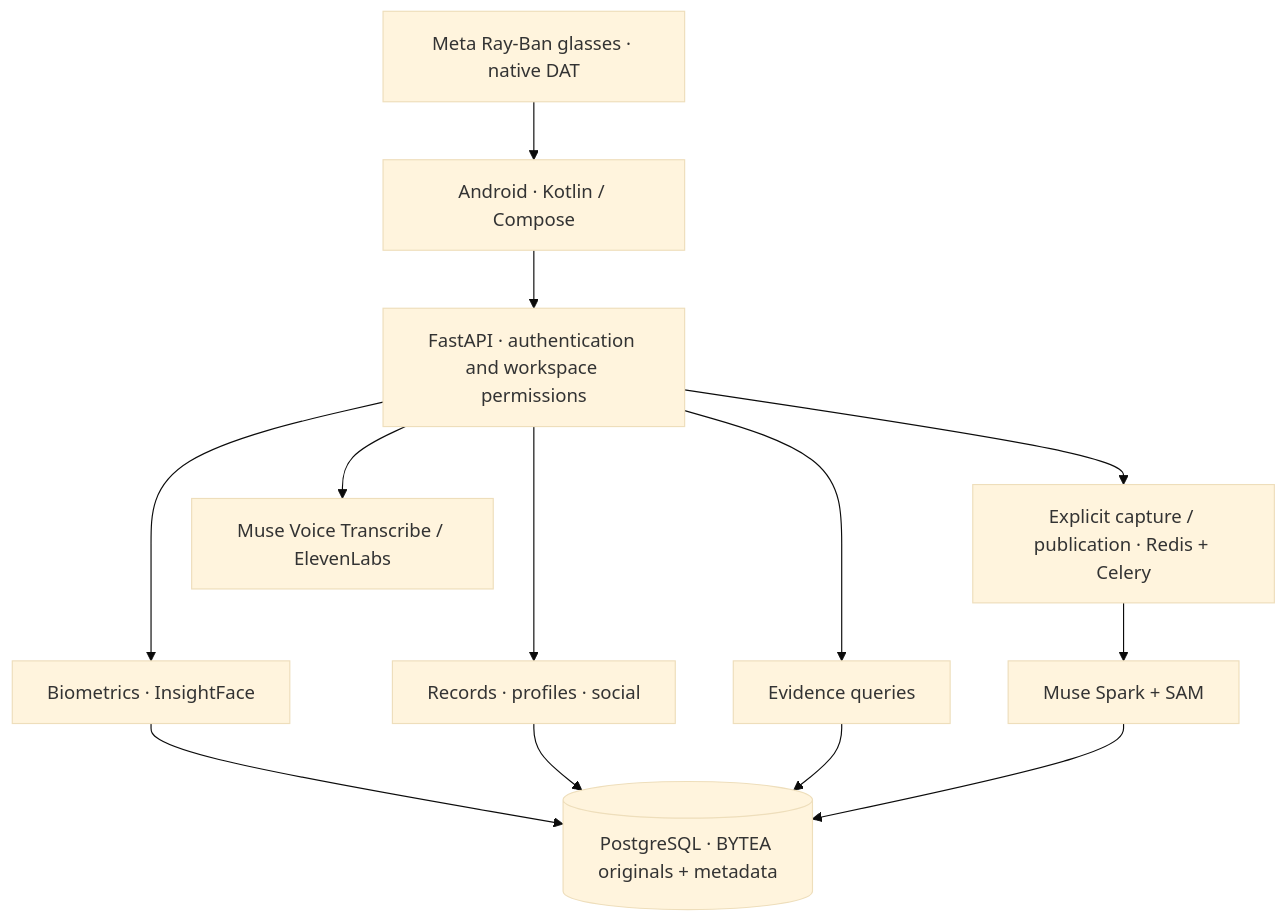
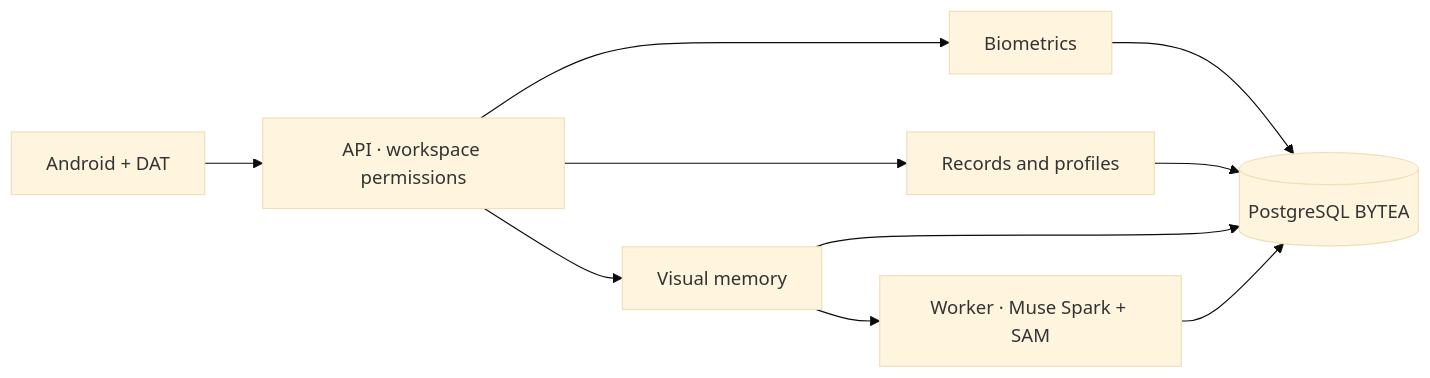
The diagram in README.md (Luxisoft/realityos-spatial-memory), drawn with Mermaid (base theme) before and after one commit. The commit also changed other lines of this file and 16 other files, not shown here.

````diff
--- a/README.md
+++ b/README.md
@@ -64,15 +69,12 @@
 ```mermaid
-flowchart TB
-    A[Android · Kotlin / Compose] --> API[FastAPI · authentication and workspace permissions]
-    G[Meta Ray-Ban glasses · native DAT] --> A
-    API --> F[Biometrics · InsightFace]
-    API --> R[Records · profiles · social]
-    API --> Q[Evidence queries]
-    F --> DB[(PostgreSQL · BYTEA originals + metadata)]
-    R --> DB
-    Q --> DB
-    API --> W[Explicit capture / publication · Redis + Celery]
-    W --> M[Muse Spark + SAM]
-    M --> DB
-    API --> V[Muse Voice Transcribe / ElevenLabs]
+flowchart LR
+    A[Android + DAT] --> B[API · workspace permissions]
+    B --> C[Biometrics]
+    B --> D[Records and profiles]
+    B --> E[Visual memory]
+    C --> F[(PostgreSQL BYTEA)]
+    D --> F
+    E --> F
+    E --> G[Worker · Muse Spark + SAM]
+    G --> F
 ```
````
